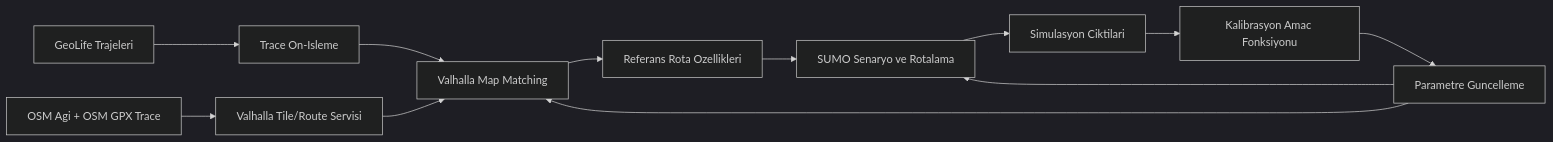
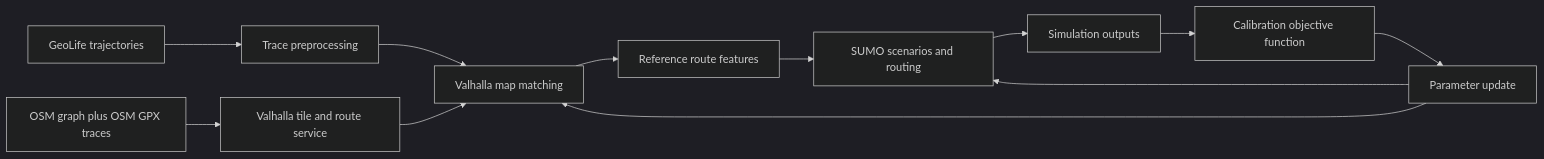
The first of 3 diagrams in docs/research/2026-03-02-valhalla-google-sumo-osm-geolife-kaynak-notu.md (alireal973/motomap), drawn with Mermaid (dark theme) before and after one commit. The commit also changed other lines of this file and 38 other files, not shown here.

````diff
--- a/docs/research/2026-03-02-valhalla-google-sumo-osm-geolife-kaynak-notu.md
+++ b/docs/research/2026-03-02-valhalla-google-sumo-osm-geolife-kaynak-notu.md
@@ -19,14 +22,14 @@
 ```mermaid
 flowchart LR
-  A[OSM Agi + OSM GPX Trace] --> B[Valhalla Tile/Route Servisi]
-  C[GeoLife Trajeleri] --> D[Trace On-Isleme]
-  D --> E[Valhalla Map Matching]
+  A[OSM graph plus OSM GPX traces] --> B[Valhalla tile and route service]
+  C[GeoLife trajectories] --> D[Trace preprocessing]
+  D --> E[Valhalla map matching]
   B --> E
-  E --> F[Referans Rota Ozellikleri]
-  F --> G[SUMO Senaryo ve Rotalama]
-  G --> H[Simulasyon Ciktilari]
-  H --> I[Kalibrasyon Amac Fonksiyonu]
-  I --> J[Parametre Guncelleme]
+  E --> F[Reference route features]
+  F --> G[SUMO scenarios and routing]
+  G --> H[Simulation outputs]
+  H --> I[Calibration objective function]
+  I --> J[Parameter update]
   J --> E
   J --> G
 ```
````
